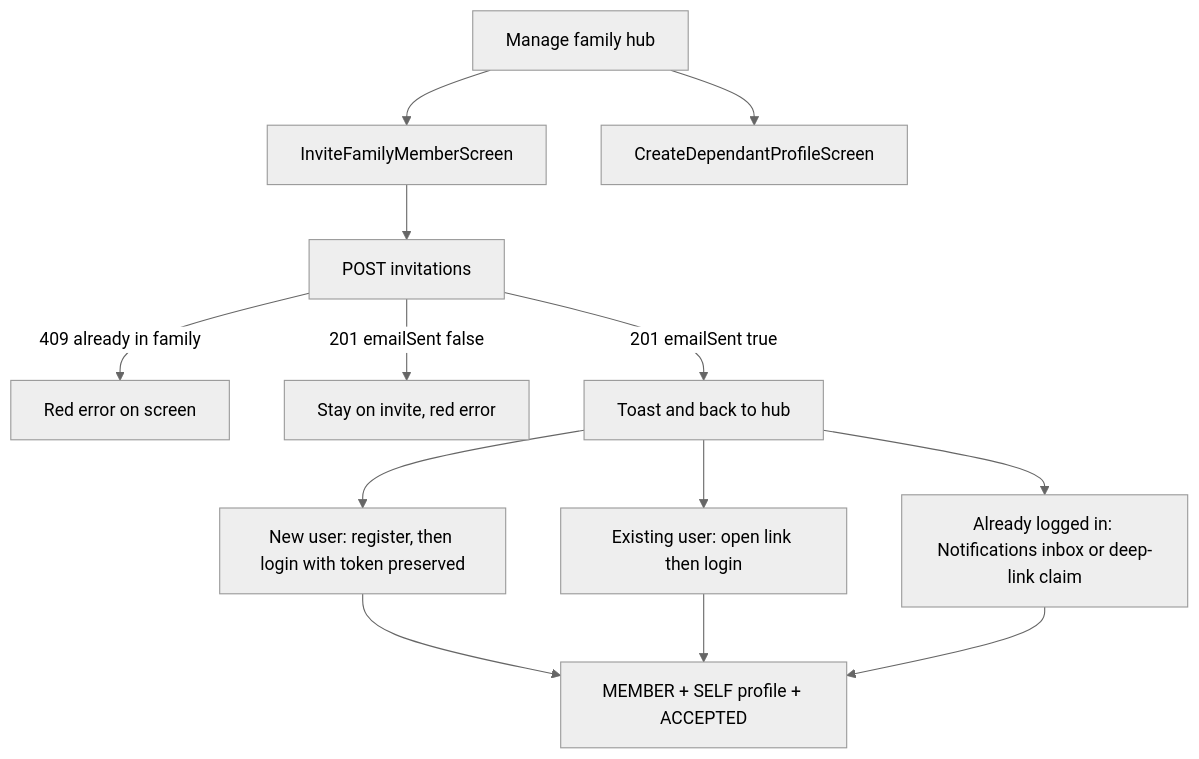
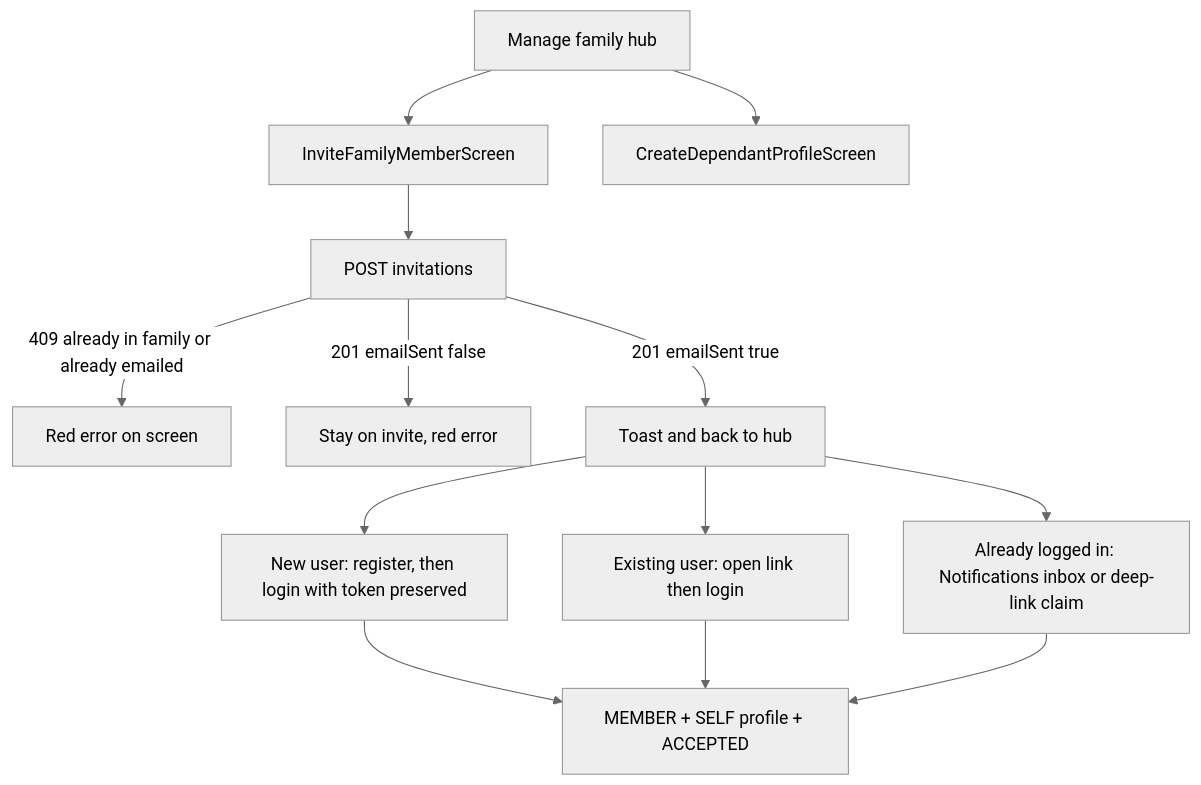
The diagram in client/mobile/app/src/main/java/sg/edu/nus/iss/canmakan/features/family/README.md (CanMakan-Team/CanMakan), drawn with Mermaid (neutral theme) before and after one commit. The commit also changed other lines of this file and 7 other files, not shown here.

````diff
--- a/client/mobile/app/src/main/java/sg/edu/nus/iss/canmakan/features/family/README.md
+++ b/client/mobile/app/src/main/java/sg/edu/nus/iss/canmakan/features/family/README.md
@@ -47,15 +47,15 @@
 ```mermaid
 flowchart TD
   Hub[Manage family hub] --> Invite[InviteFamilyMemberScreen]
   Hub --> Dependant[CreateDependantProfileScreen]
   Invite --> Post[POST invitations]
-  Post -->|409 already in family| Err[Red error on screen]
+  Post -->|409 already in family or already emailed| Err[Red error on screen]
   Post -->|201 emailSent false| Stay[Stay on invite, red error]
   Post -->|201 emailSent true| Email[Toast and back to hub]
   Email --> PathA[New user: register, then login with token preserved]
   Email --> PathB[Existing user: open link then login]
   Email --> PathC[Already logged in: Notifications inbox or deep-link claim]
   PathA --> Join[MEMBER + SELF profile + ACCEPTED]
   PathB --> Join
   PathC --> Join
 ```
````
